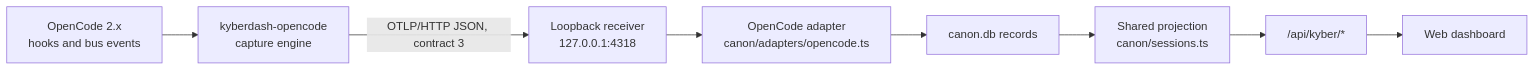
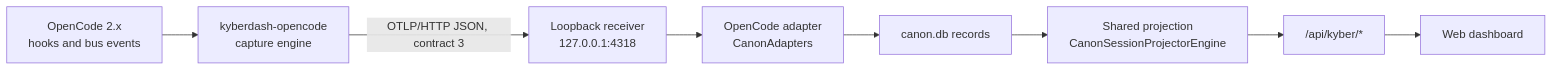
Before and after one commit to dpalfery/kyber-weave: the third of 5 diagrams in docs/dash/architecture.md, drawn with Mermaid. The commit also changed other lines of this file and 1207 other files, not shown here.

Commit message:
feat(dash): cut over KyberDash to Clean Architecture C# solution and retire legacy engine

````diff
--- a/docs/dash/architecture.md
+++ b/docs/dash/architecture.md
@@ -331,10 +322,10 @@
 ```mermaid
 flowchart LR
     Host["OpenCode 2.x<br/>hooks and bus events"] --> Plugin["kyberdash-opencode<br/>capture engine"]
     Plugin -->|"OTLP/HTTP JSON, contract 3"| Receiver["Loopback receiver<br/>127.0.0.1:4318"]
-    Receiver --> Adapter["OpenCode adapter<br/>canon/adapters/opencode.ts"]
+    Receiver --> Adapter["OpenCode adapter<br/>CanonAdapters"]
     Adapter --> Store["canon.db records"]
-    Store --> Projection["Shared projection<br/>canon/sessions.ts"]
+    Store --> Projection["Shared projection<br/>CanonSessionProjectorEngine"]
     Projection --> API["/api/kyber/*"]
     API --> Dashboard["Web dashboard"]
 ```
````
